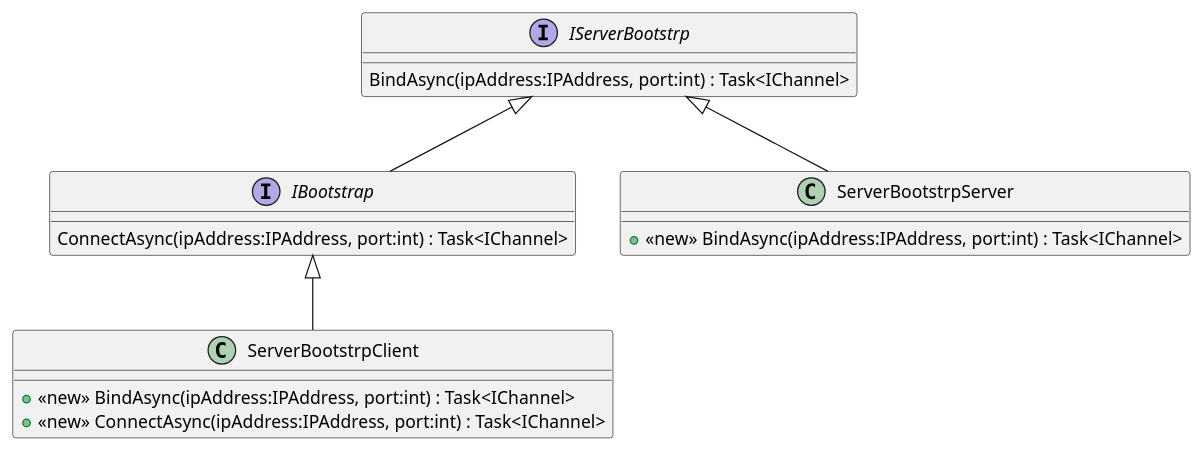
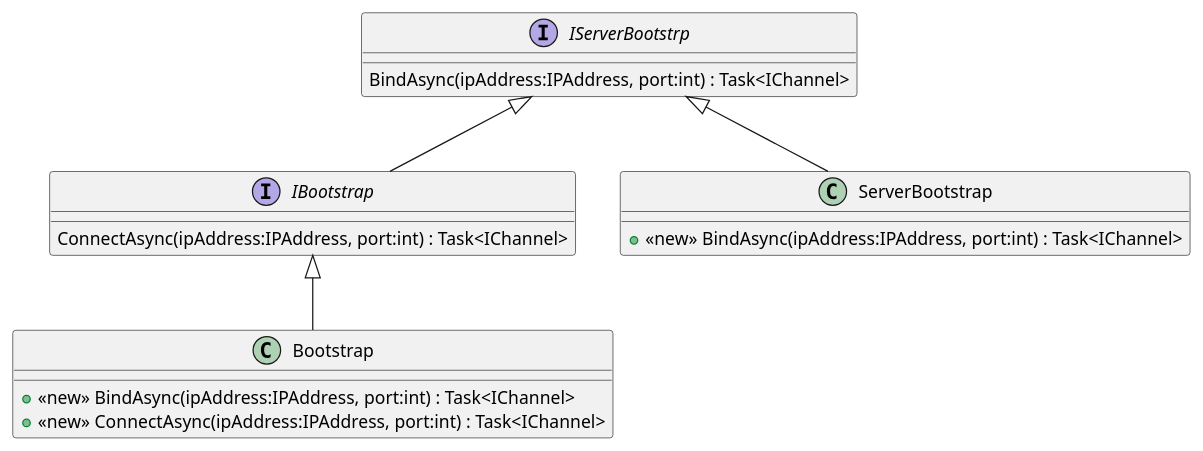
Before and after one commit to catalyst-network/Catalyst: the diagram in Documentation/UML/Catalyst.Node.Common/Helpers/IO/BootstrapAbstract.puml, drawn with PlantUML. The commit also changed 25 other files, not shown here.

```diff
--- a/Documentation/UML/Catalyst.Node.Common/Helpers/IO/BootstrapAbstract.puml
+++ b/Documentation/UML/Catalyst.Node.Common/Helpers/IO/BootstrapAbstract.puml
@@ -1,18 +1,18 @@
 @startuml
 interface IServerBootstrp {
     BindAsync(ipAddress:IPAddress, port:int) : Task<IChannel>
 }
 interface IBootstrap {
     ConnectAsync(ipAddress:IPAddress, port:int) : Task<IChannel>
 }
-class ServerBootstrpServer {
+class ServerBootstrap {
     + <<new>> BindAsync(ipAddress:IPAddress, port:int) : Task<IChannel>
 }
-class ServerBootstrpClient {
+class Bootstrap {
     + <<new>> BindAsync(ipAddress:IPAddress, port:int) : Task<IChannel>
     + <<new>> ConnectAsync(ipAddress:IPAddress, port:int) : Task<IChannel>
 }
 IServerBootstrp <|-- IBootstrap
-IServerBootstrp <|-- ServerBootstrpServer
-IBootstrap <|-- ServerBootstrpClient
+IServerBootstrp <|-- ServerBootstrap
+IBootstrap <|-- Bootstrap
 @enduml
```
